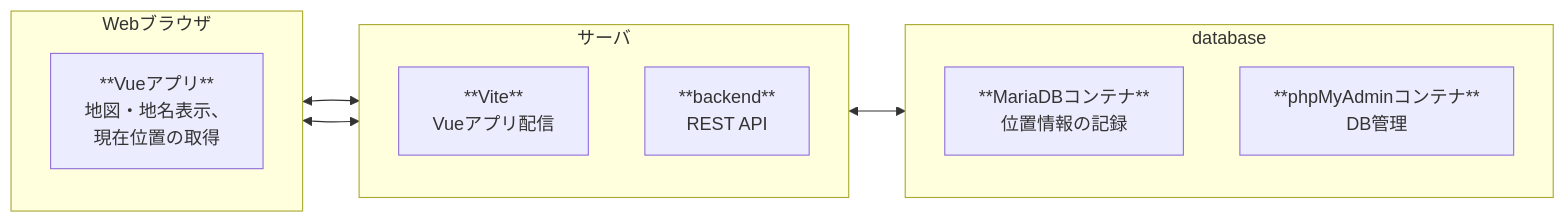
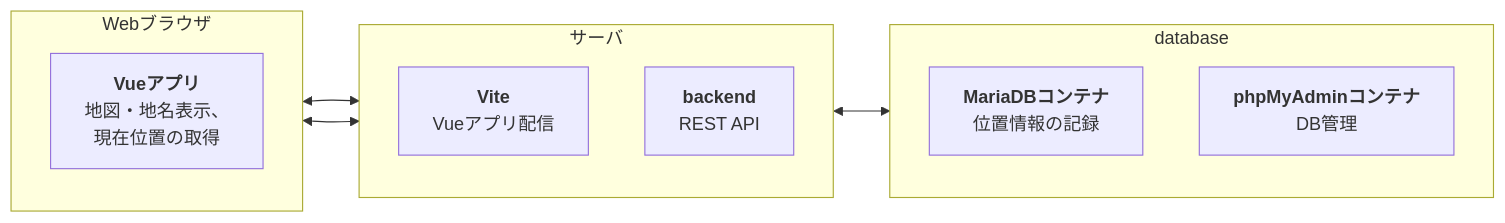
Before and after one commit to yamakox/location-logger-fastapi: the first of 2 diagrams in README.md, drawn with Mermaid. The commit also changed other lines of this file, not shown here.

Commit message:
mermaidのMarkdown記法を修正した。

````diff
--- a/README.md
+++ b/README.md
@@ -21,35 +21,35 @@
 ```mermaid
 flowchart LR
-  ui[**Vueアプリ**
+  ui["`**Vueアプリ**
      地図・地名表示、
-     現在位置の取得]
-  vite[**Vite**
-      Vueアプリ配信]
-  api[**backend**
-      REST API]
-  db[**MariaDBコンテナ**
-     位置情報の記録]
-  admin[**phpMyAdminコンテナ**
-     DB管理]
+     現在位置の取得`"]
+  vite["`**Vite**
+      Vueアプリ配信`"]
+  api["`**backend**
+      REST API`"]
+  db["`**MariaDBコンテナ**
+     位置情報の記録`"]
+  admin["`**phpMyAdminコンテナ**
+     DB管理`"]
 
   subgraph client [Webブラウザ]
     direction TB
     ui
   end
 
   subgraph server [サーバ]
     direction TB
     vite
     api
   end
 
   subgraph database [database]
     direction TB
     db
     admin
   end
 
   ui <--> vite
   ui <--> api
   api <--> db
 ```
````
